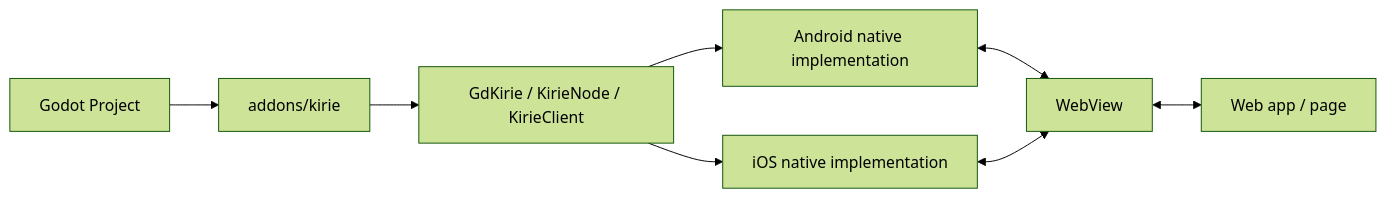
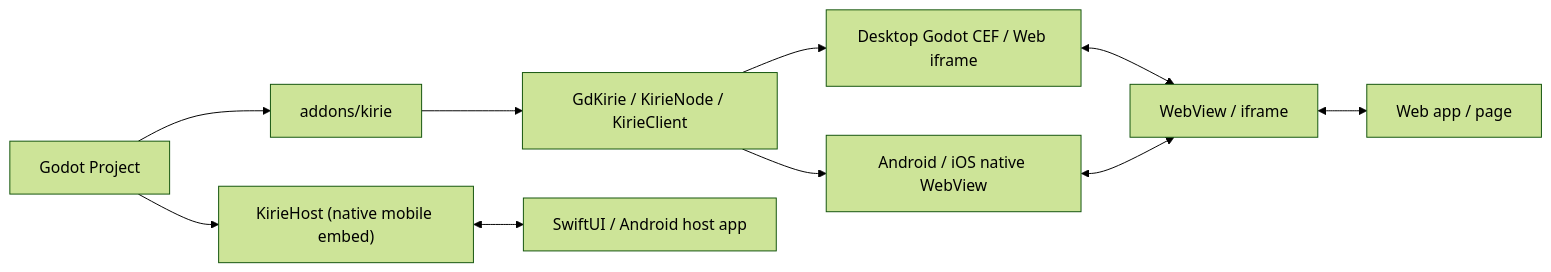
One commit to gd-kirie/gd-kirie changed the diagram in README.md. Above: the diagram before and after it, drawn with Mermaid (forest theme). The commit also changed other lines of this file and 72 other files, not shown here.

````diff
--- a/README.md
+++ b/README.md
@@ -95,10 +70,12 @@
 ```mermaid
 flowchart LR
     A["Godot Project"] --> B["addons/kirie"]
     B --> C["GdKirie / KirieNode / KirieClient"]
-    C --> D["Android native implementation"]
-    C --> E["iOS native implementation"]
-    D <--> F["WebView"]
+    C --> D["Desktop Godot CEF / Web iframe"]
+    C --> E["Android / iOS native WebView"]
+    D <--> F["WebView / iframe"]
     E <--> F
     F <--> G["Web app / page"]
+    A --> H["KirieHost (native mobile embed)"]
+    H <--> I["SwiftUI / Android host app"]
 ```
````
